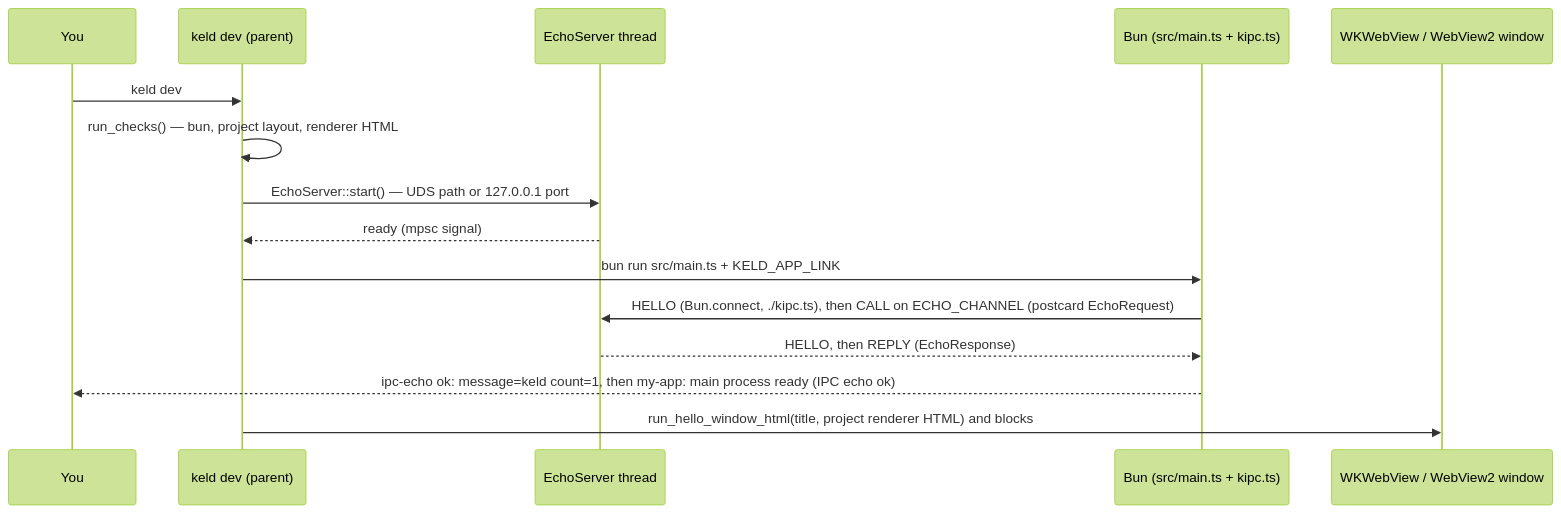
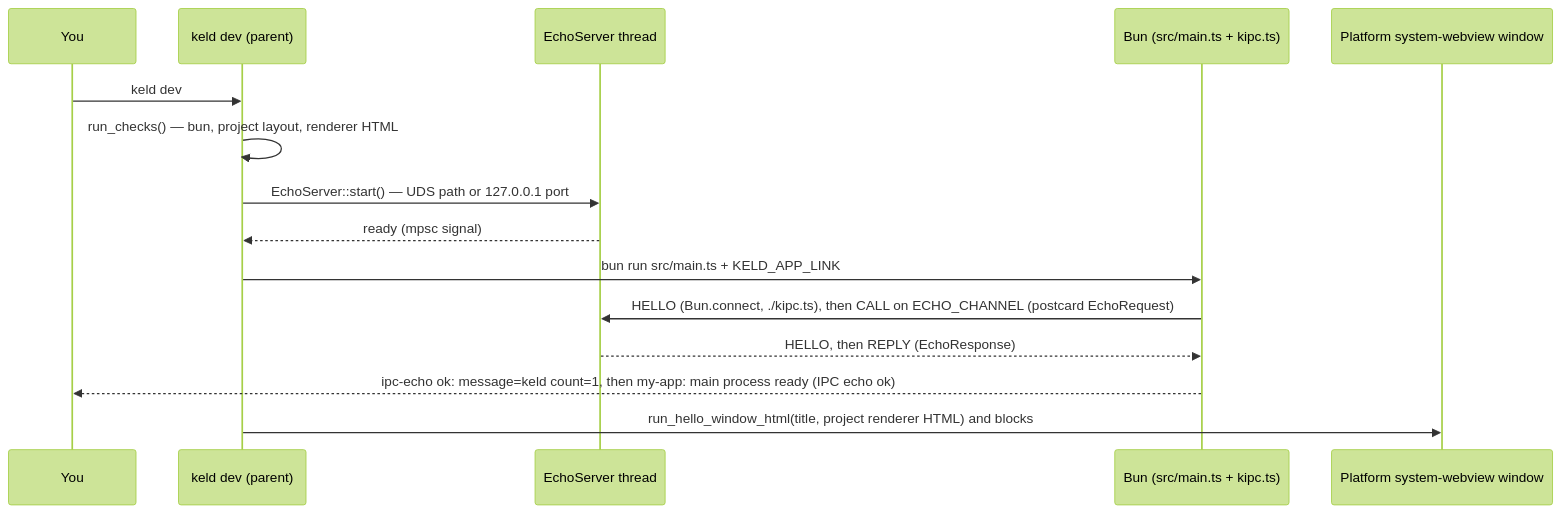
Before and after one commit to gyldlab/keld: the diagram in docs/onboarding/03-api-and-cli-surface.md, drawn with Mermaid (forest theme). The commit also changed other lines of this file and 24 other files, not shown here.

Commit message:
docs: align framework roadmap and verification gates

````diff
--- a/docs/onboarding/03-api-and-cli-surface.md
+++ b/docs/onboarding/03-api-and-cli-surface.md
@@ -712,18 +712,20 @@
 ```mermaid
 sequenceDiagram
+    accTitle: Current generated app echo and window lifecycle
+    accDescr: A developer runs keld dev. The CLI starts an echo server, Bun performs the authenticated HELLO and ECHO exchange, and the CLI then opens the renderer window. The integration test excludes the window.
     participant Dev as You
     participant CLI as keld dev (parent)
     participant Echo as EchoServer thread
     participant Bun as Bun (src/main.ts + kipc.ts)
-    participant Win as WKWebView / WebView2 window
+    participant Win as Platform system-webview window
 
     Dev->>CLI: keld dev
     CLI->>CLI: run_checks() — bun, project layout, renderer HTML
     CLI->>Echo: EchoServer::start() — UDS path or 127.0.0.1 port
     Echo-->>CLI: ready (mpsc signal)
     CLI->>Bun: bun run src/main.ts + KELD_APP_LINK
     Bun->>Echo: HELLO (Bun.connect, ./kipc.ts), then CALL on ECHO_CHANNEL (postcard EchoRequest)
     Echo-->>Bun: HELLO, then REPLY (EchoResponse)
     Bun-->>Dev: ipc-echo ok: message=keld count=1, then my-app: main process ready (IPC echo ok)
     CLI->>Win: run_hello_window_html(title, project renderer HTML) and blocks
 ```
````
